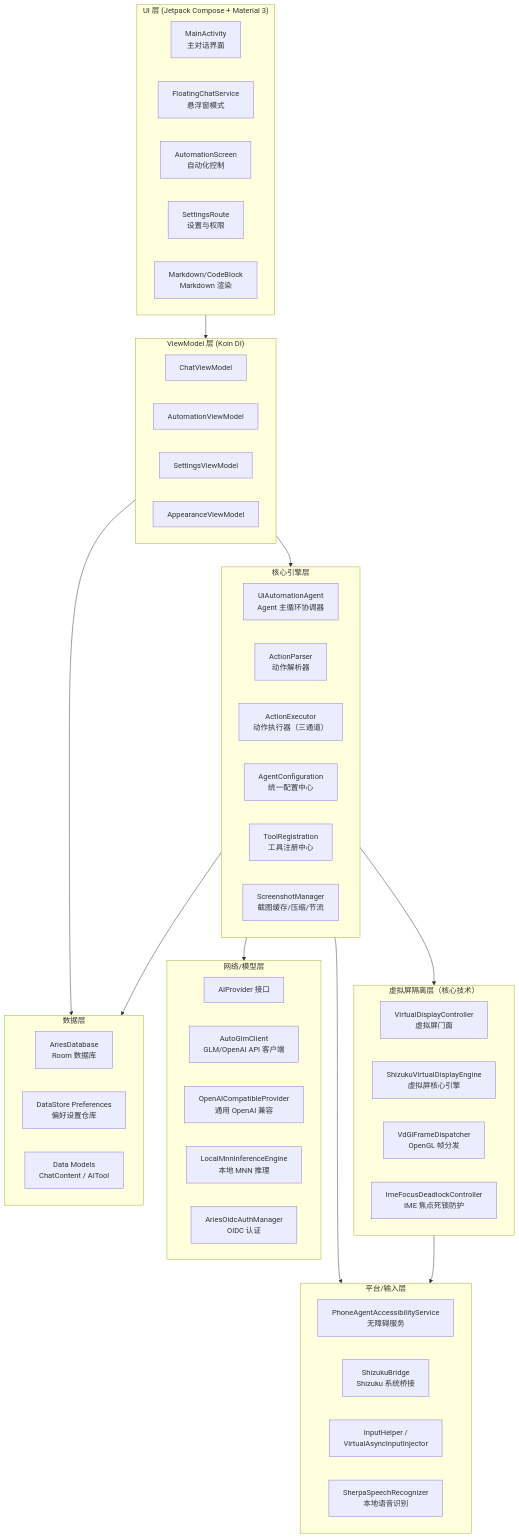
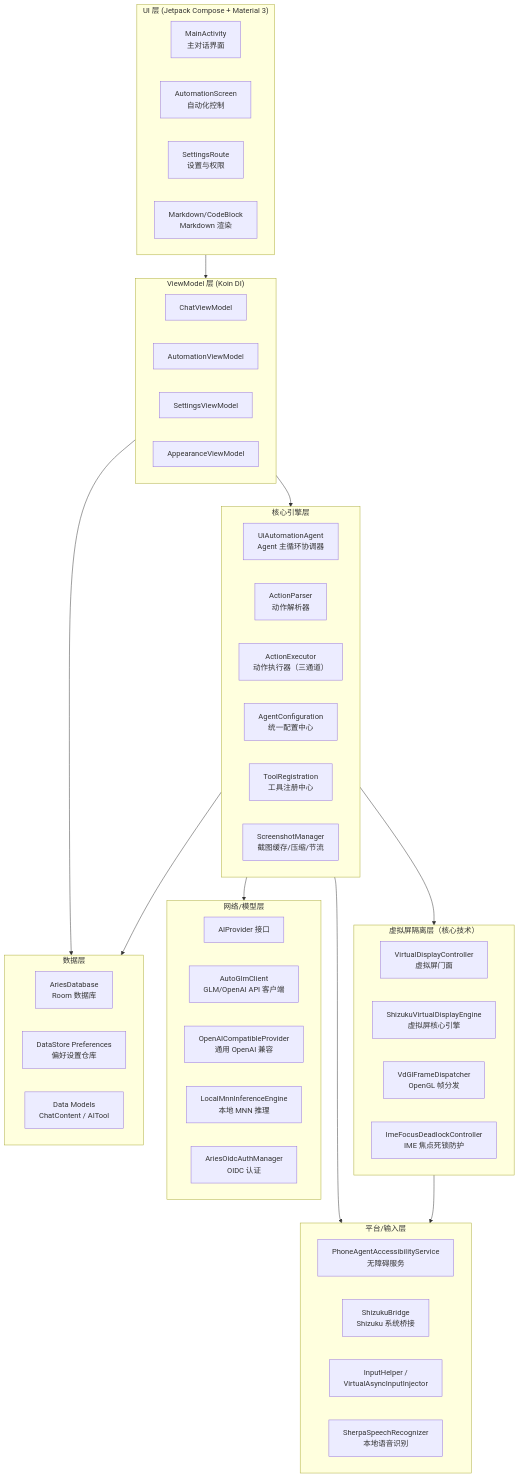
Before and after one commit to ZG0704666/Aries-AI: the first of 9 diagrams in Aries-site/docs/技术架构/整体架构设计.md, drawn with Mermaid. The commit also changed other lines of this file and 45 other files, not shown here.

````diff
--- a/Aries-site/docs/技术架构/整体架构设计.md
+++ b/Aries-site/docs/技术架构/整体架构设计.md
@@ -22,63 +22,62 @@
 ```mermaid
 flowchart TD
     subgraph UI["UI 层 (Jetpack Compose + Material 3)"]
         MainActivity["MainActivity\n主对话界面"]
-        FloatingChat["FloatingChatService\n悬浮窗模式"]
         AutomationUI["AutomationScreen\n自动化控制"]
         SettingsUI["SettingsRoute\n设置与权限"]
         MarkdownUI["Markdown/CodeBlock\nMarkdown 渲染"]
     end
 
     subgraph VM["ViewModel 层 (Koin DI)"]
         ChatVM["ChatViewModel"]
         AutomationVM["AutomationViewModel"]
         SettingsVM["SettingsViewModel"]
         AppearanceVM["AppearanceViewModel"]
     end
 
     subgraph Engine["核心引擎层"]
         Agent["UiAutomationAgent\nAgent 主循环协调器"]
         Parser["ActionParser\n动作解析器"]
         Executor["ActionExecutor\n动作执行器（三通道）"]
         Config["AgentConfiguration\n统一配置中心"]
         Tools["ToolRegistration\n工具注册中心"]
         Cache["ScreenshotManager\n截图缓存/压缩/节流"]
     end
 
     subgraph Virtual["虚拟屏隔离层（核心技术）"]
         VDController["VirtualDisplayController\n虚拟屏门面"]
         VDEngine["ShizukuVirtualDisplayEngine\n虚拟屏核心引擎"]
         VDGL["VdGlFrameDispatcher\nOpenGL 帧分发"]
         IME["ImeFocusDeadlockController\nIME 焦点死锁防护"]
     end
 
     subgraph Network["网络/模型层"]
         AIProvider["AIProvider 接口"]
         AutoGlmClient["AutoGlmClient\nGLM/OpenAI API 客户端"]
         OpenAICompat["OpenAICompatibleProvider\n通用 OpenAI 兼容"]
         LocalMNN["LocalMnnInferenceEngine\n本地 MNN 推理"]
         OIDC["AriesOidcAuthManager\nOIDC 认证"]
     end
 
     subgraph Data["数据层"]
         RoomDB["AriesDatabase\nRoom 数据库"]
         Prefs["DataStore Preferences\n偏好设置仓库"]
         Models["Data Models\nChatContent / AITool"]
     end
 
     subgraph Platform["平台/输入层"]
         A11y["PhoneAgentAccessibilityService\n无障碍服务"]
         Shizuku["ShizukuBridge\nShizuku 系统桥接"]
         Input["InputHelper /\nVirtualAsyncInputInjector"]
         Speech["SherpaSpeechRecognizer\n本地语音识别"]
     end
 
     UI --> VM
     VM --> Engine
     Engine --> Virtual
     Engine --> Network
     Engine --> Platform
     VM --> Data
     Engine --> Data
     Virtual --> Platform
 ```
````
